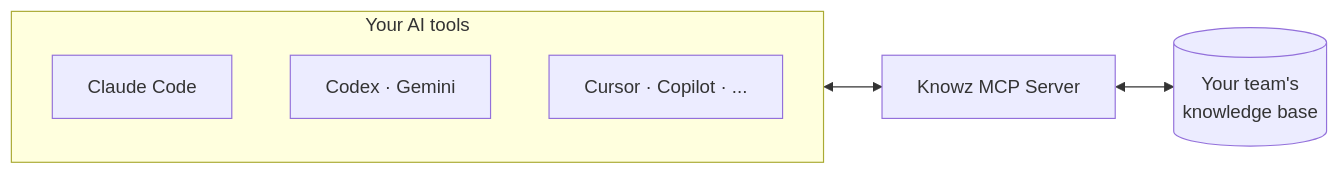
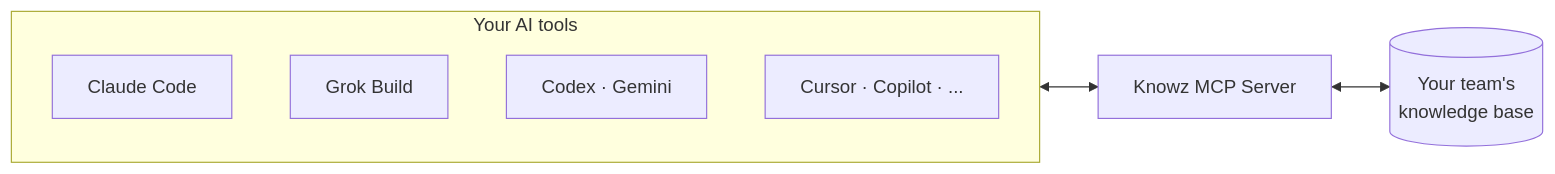
One commit to knowz-io/knowz-skills changed the diagram in README.md. Above: the diagram before and after it, drawn with Mermaid. The commit also changed other lines of this file and 21 other files, not shown here.

First line of the commit message:
feat: add native Grok Build plugin marketplace

````diff
--- a/README.md
+++ b/README.md
@@ -24,11 +24,12 @@
 ```mermaid
 flowchart LR
     subgraph tools["Your AI tools"]
         direction TB
         CC["Claude Code"]
+        GX["Grok Build"]
         CX["Codex · Gemini"]
         OT["Cursor · Copilot · ..."]
     end
     tools <--> MCP["Knowz MCP Server"]
     MCP <--> KB[("Your team's<br/>knowledge base")]
 ```
````
